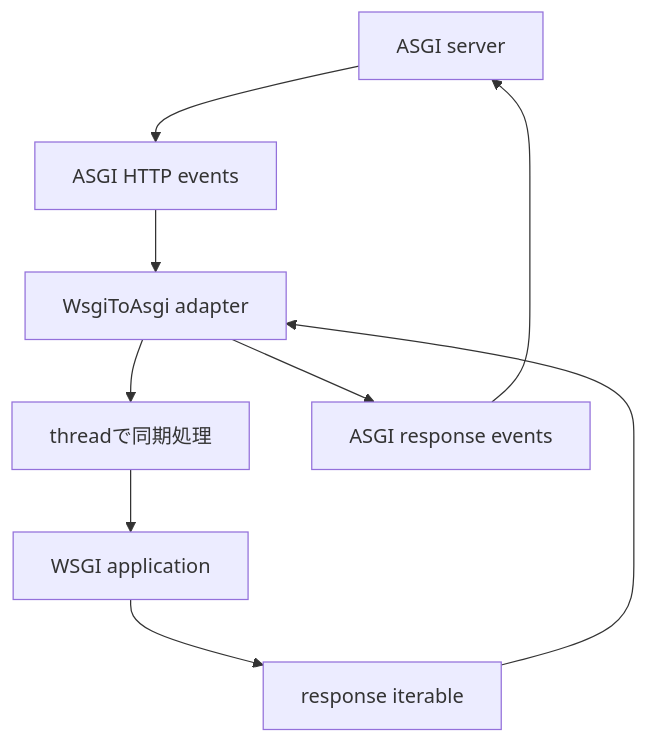
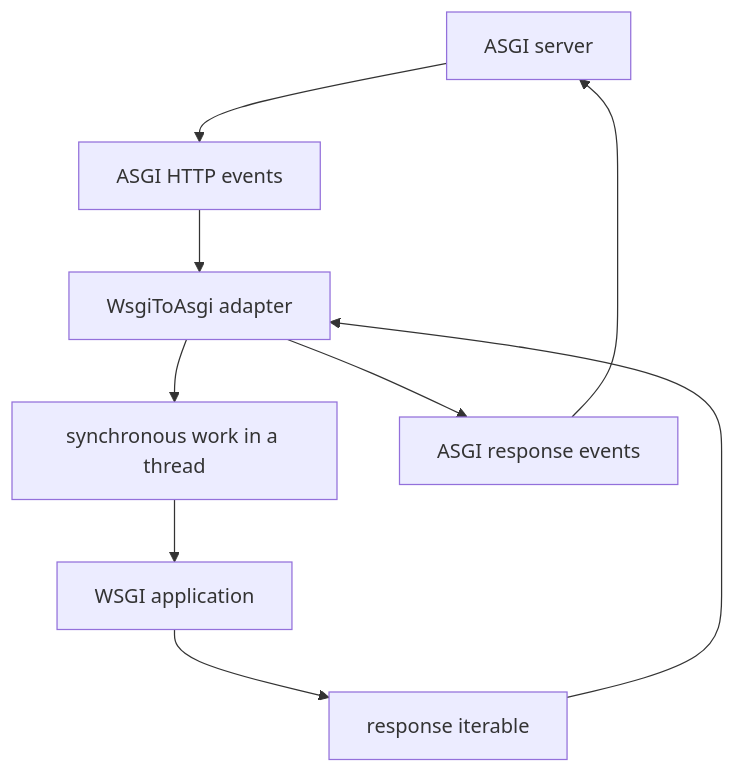
The fifth of 5 diagrams in src/content/posts/wsgi_asgi/index.md (shionhonda/hippocampus-garden), drawn with Mermaid before and after one commit. The commit also changed other lines of this file and 4 other files, not shown here.

Commit message:
feat(blog): translate WSGI and ASGI article to English

````diff
--- a/src/content/posts/wsgi_asgi/index.md
+++ b/src/content/posts/wsgi_asgi/index.md
@@ -284,15 +279,15 @@
 ```mermaid
 flowchart TB
-    accTitle: WsgiToAsgiによるリクエスト変換
-    accDescr: ASGIサーバーのHTTPイベントをWsgiToAsgiがWSGI environへ変換し、同期WSGIアプリをスレッドで呼び出してレスポンスをASGIイベントへ戻す
+    accTitle: Translating a request with WsgiToAsgi
+    accDescr: WsgiToAsgi converts ASGI HTTP events into a WSGI environ, calls the synchronous WSGI application in a thread, and converts its response back into ASGI events
 
     S["ASGI server"]
     A1["ASGI HTTP events"]
     W["WsgiToAsgi adapter"]
-    T["threadで同期処理"]
+    T["synchronous work in a thread"]
     APP["WSGI application"]
     R["response iterable"]
     A2["ASGI response events"]
 
     S --> A1 --> W --> T --> APP --> R --> W --> A2 --> S
 ```
````
